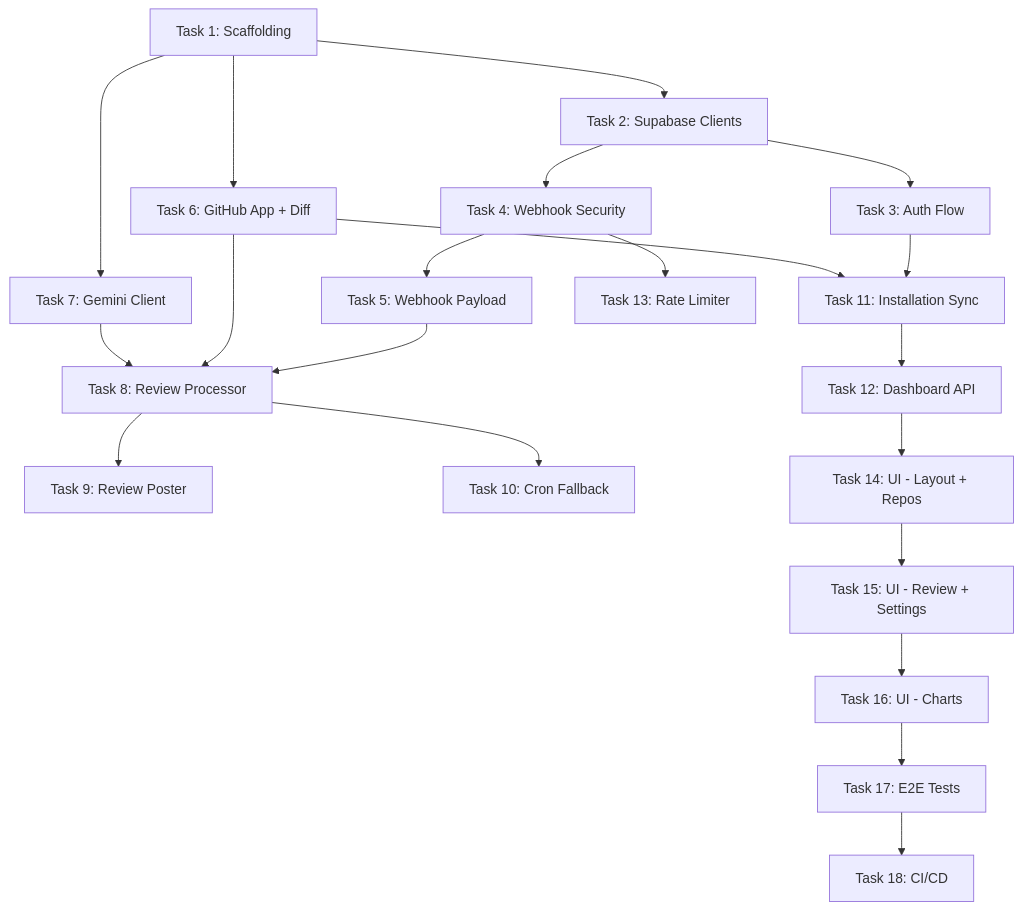
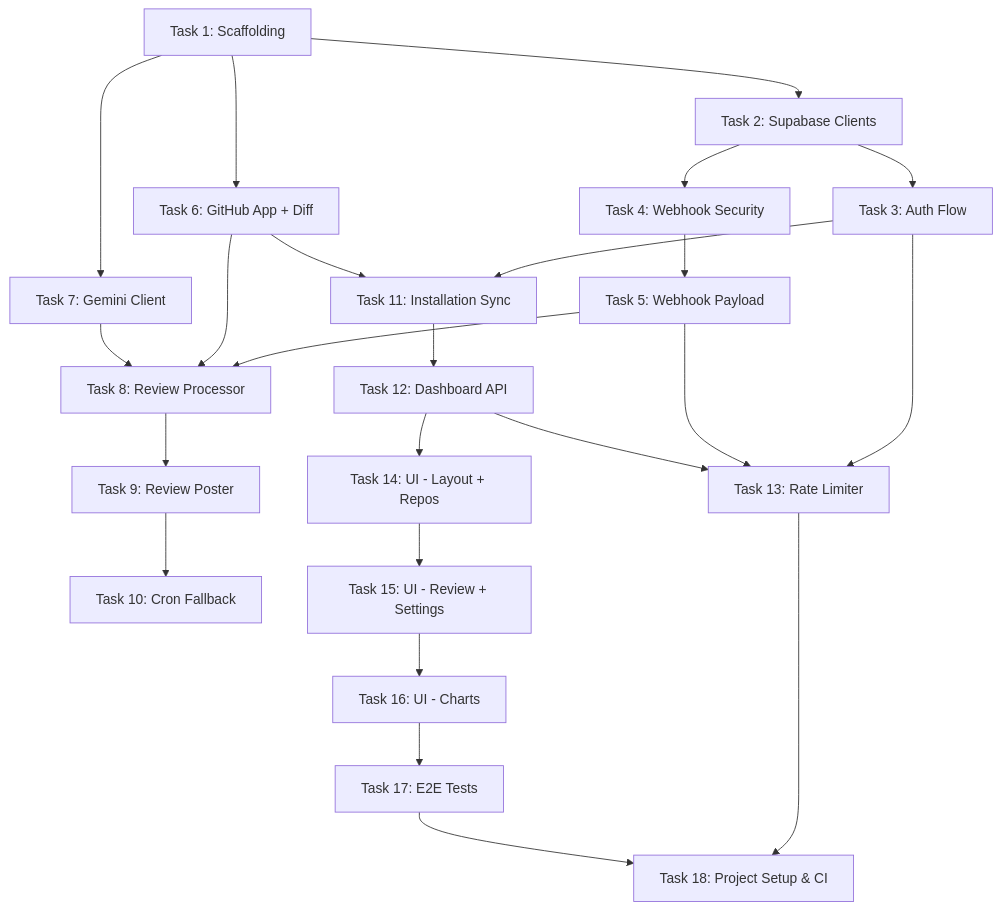
Before and after one commit to santhoshh005/PR_Pilot: the diagram in PLAN.md, drawn with Mermaid. The commit also changed other lines of this file and 6 other files, not shown here.

````diff
--- a/PLAN.md
+++ b/PLAN.md
@@ -498,23 +500,26 @@
 ```mermaid
 graph TD
   T1["Task 1: Scaffolding"] --> T2["Task 2: Supabase Clients"]
   T2 --> T3["Task 3: Auth Flow"]
   T2 --> T4["Task 4: Webhook Security"]
   T4 --> T5["Task 5: Webhook Payload"]
   T1 --> T6["Task 6: GitHub App + Diff"]
   T1 --> T7["Task 7: Gemini Client"]
   T5 --> T8["Task 8: Review Processor"]
   T6 --> T8
   T7 --> T8
   T8 --> T9["Task 9: Review Poster"]
-  T8 --> T10["Task 10: Cron Fallback"]
+  T9 --> T10["Task 10: Cron Fallback"]
   T3 --> T11["Task 11: Installation Sync"]
   T6 --> T11
   T11 --> T12["Task 12: Dashboard API"]
-  T4 --> T13["Task 13: Rate Limiter"]
+  T3 --> T13["Task 13: Rate Limiter"]
+  T5 --> T13
+  T12 --> T13
   T12 --> T14["Task 14: UI - Layout + Repos"]
   T14 --> T15["Task 15: UI - Review + Settings"]
   T15 --> T16["Task 16: UI - Charts"]
   T16 --> T17["Task 17: E2E Tests"]
-  T17 --> T18["Task 18: CI/CD"]
+  T13 --> T18["Task 18: Project Setup & CI"]
+  T17 --> T18
 ```
````
